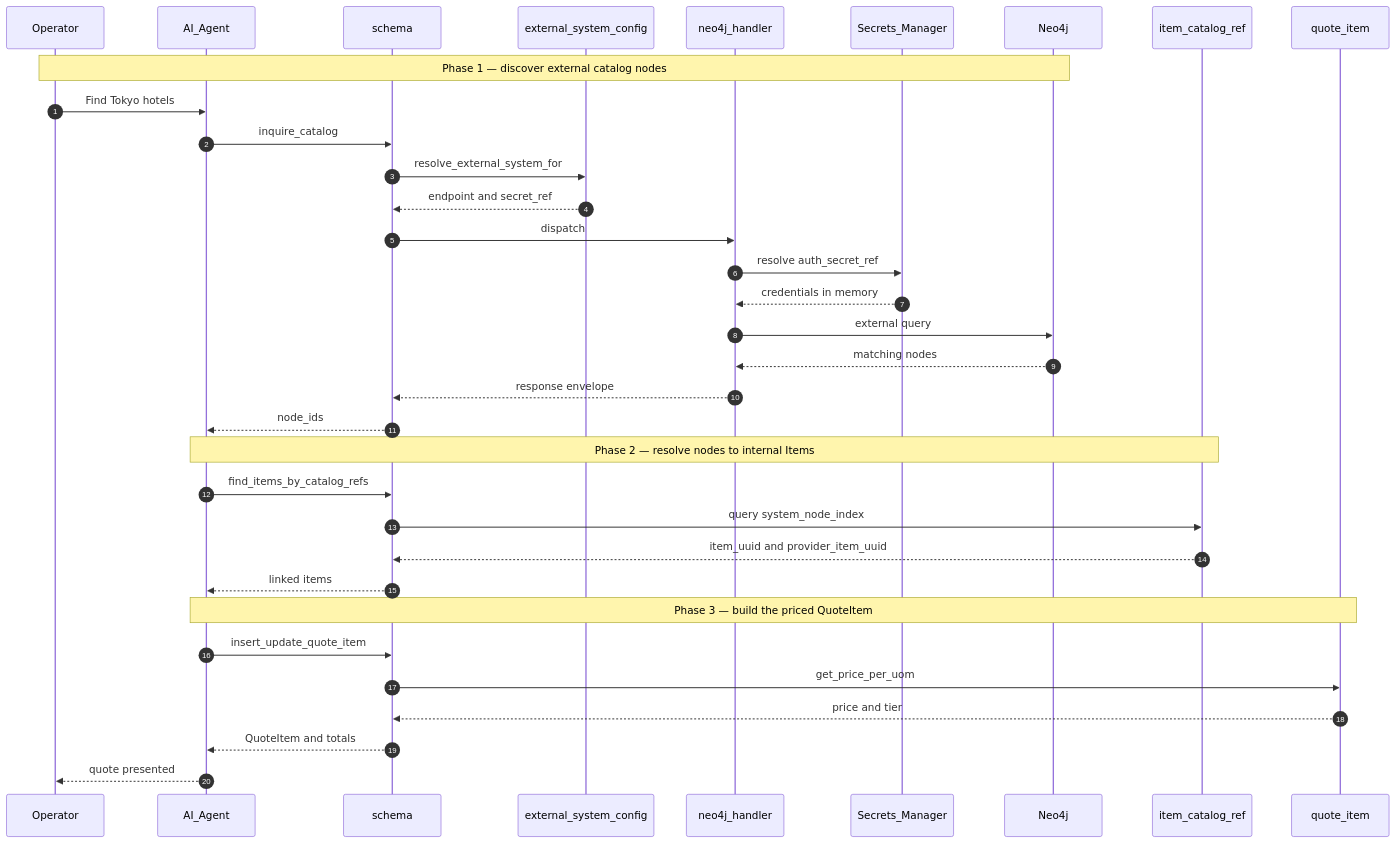
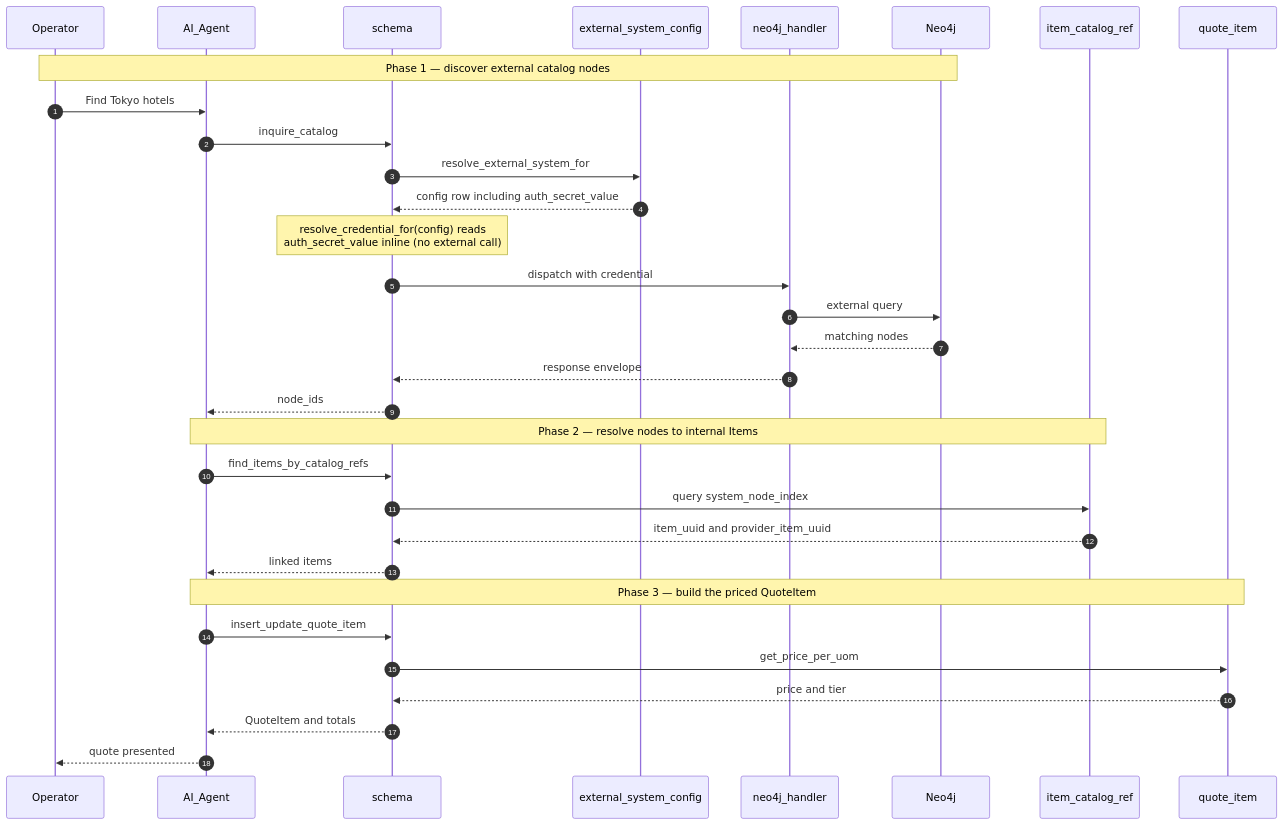
One commit to ideabosque/ai_rfq_engine changed the diagram in docs/HOSPITALITY_BUSINESS_GAP_PLAN.md. Above: the diagram before and after it, drawn with Mermaid. The commit also changed other lines of this file and 56 other files, not shown here.

````diff
--- a/docs/HOSPITALITY_BUSINESS_GAP_PLAN.md
+++ b/docs/HOSPITALITY_BUSINESS_GAP_PLAN.md
@@ -690,39 +718,37 @@
 ```mermaid
 sequenceDiagram
     autonumber
     participant Operator
     participant AI_Agent
     participant schema
     participant external_system_config
     participant neo4j_handler
-    participant Secrets_Manager
     participant Neo4j
     participant item_catalog_ref
     participant quote_item
 
     Note over Operator,Neo4j: Phase 1 — discover external catalog nodes
     Operator->>AI_Agent: Find Tokyo hotels
     AI_Agent->>schema: inquire_catalog
     schema->>external_system_config: resolve_external_system_for
-    external_system_config-->>schema: endpoint and secret_ref
-    schema->>neo4j_handler: dispatch
-    neo4j_handler->>Secrets_Manager: resolve auth_secret_ref
-    Secrets_Manager-->>neo4j_handler: credentials in memory
+    external_system_config-->>schema: config row including auth_secret_value
+    Note over schema: resolve_credential_for(config) reads<br/>auth_secret_value inline (no external call)
+    schema->>neo4j_handler: dispatch with credential
     neo4j_handler->>Neo4j: external query
     Neo4j-->>neo4j_handler: matching nodes
     neo4j_handler-->>schema: response envelope
     schema-->>AI_Agent: node_ids
 
     Note over AI_Agent,item_catalog_ref: Phase 2 — resolve nodes to internal Items
     AI_Agent->>schema: find_items_by_catalog_refs
     schema->>item_catalog_ref: query system_node_index
     item_catalog_ref-->>schema: item_uuid and provider_item_uuid
     schema-->>AI_Agent: linked items
 
     Note over AI_Agent,quote_item: Phase 3 — build the priced QuoteItem
     AI_Agent->>schema: insert_update_quote_item
     schema->>quote_item: get_price_per_uom
     quote_item-->>schema: price and tier
     schema-->>AI_Agent: QuoteItem and totals
     AI_Agent-->>Operator: quote presented
 ```
````
